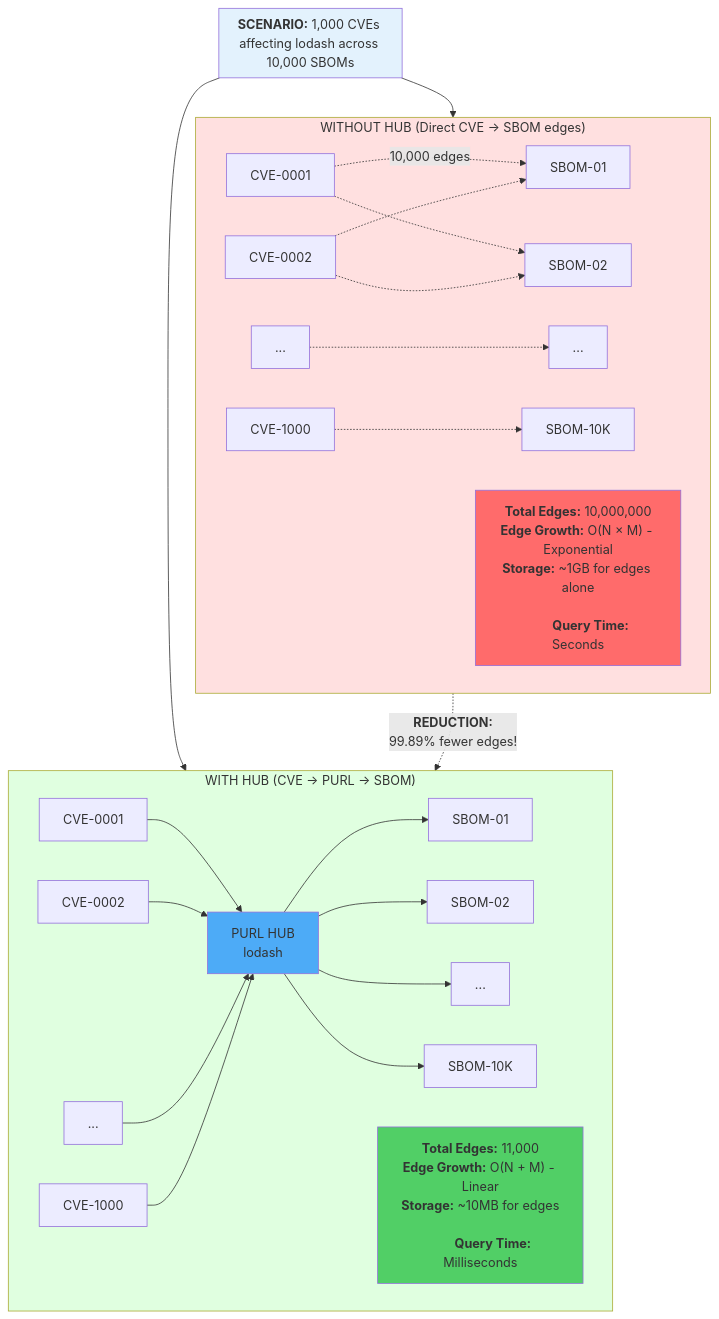
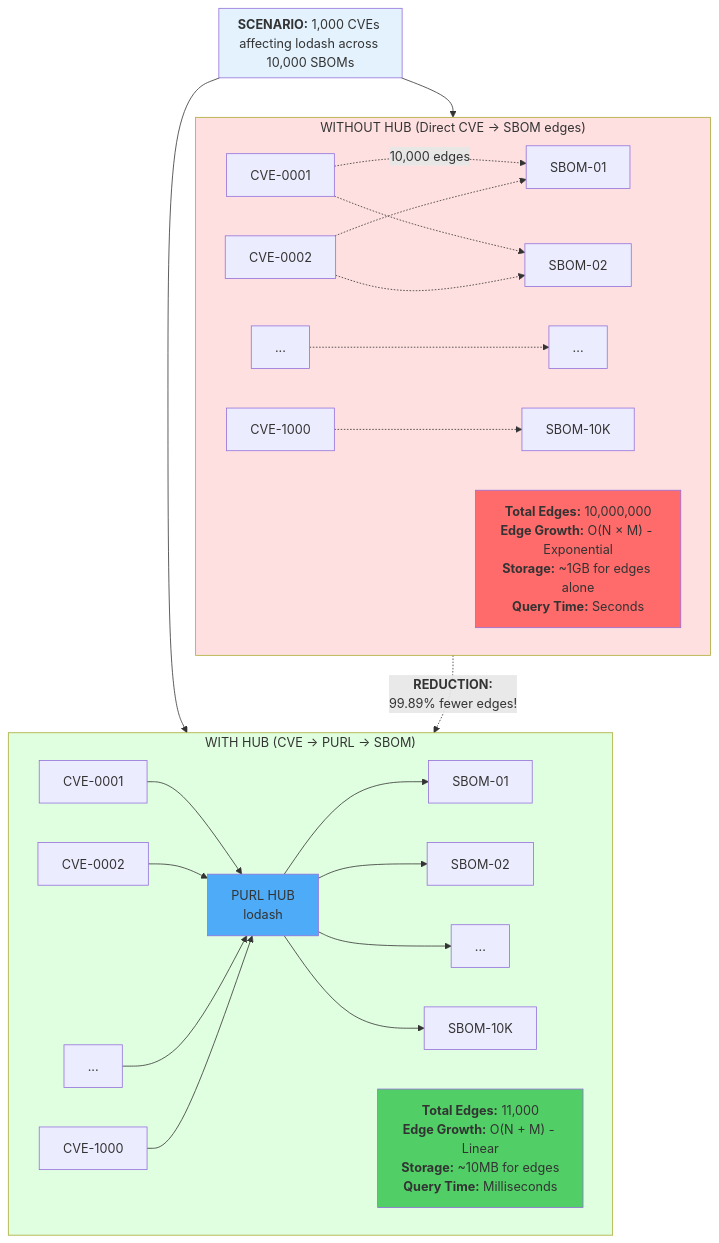
The eighth of 23 diagrams in design.md (ortelius/cve2release-tracker), drawn with Mermaid before and after one commit. The commit also changed other lines of this file, not shown here.

````diff
--- a/design.md
+++ b/design.md
@@ -445,44 +442,42 @@
 ```mermaid
 flowchart TB
     subgraph Scenario["<b>SCENARIO:</b> 1,000 CVEs affecting lodash across 10,000 SBOMs"]
     end
     
     subgraph Without["WITHOUT HUB (Direct CVE → SBOM edges)"]
         WC1["CVE-0001"] -.->|10,000 edges| WS1["SBOM-01"]
         WC1 -.-> WS2["SBOM-02"]
         WC2["CVE-0002"] -.-> WS1
         WC2 -.-> WS2
         WC3["..."] -.-> WS3["..."]
         WC4["CVE-1000"] -.-> WS4["SBOM-10K"]
         
-        WStats["<b>Total Edges:</b> 10,000,000<br/><b>Edge Growth:</b> O(N × M) - Exponential<br/><b>Storage:</b> ~1GB for edges alone<br/>
-        <b>Query Time:</b> Seconds"]
+        WStats["<b>Total Edges:</b> 10,000,000<br/><b>Edge Growth:</b> O(N × M) - Exponential<br/><b>Storage:</b> ~1GB for edges alone<br/><b>Query Time:</b> Seconds"]
     end
     
     subgraph With["WITH HUB (CVE → PURL → SBOM)"]
         HC1["CVE-0001"] --> HHub["PURL HUB<br/>lodash"]
         HC2["CVE-0002"] --> HHub
         HC3["..."] --> HHub
         HC4["CVE-1000"] --> HHub
         
         HHub --> HS1["SBOM-01"]
         HHub --> HS2["SBOM-02"]
         HHub --> HS3["..."]
         HHub --> HS4["SBOM-10K"]
         
-        HStats["<b>Total Edges:</b> 11,000<br/><b>Edge Growth:</b> O(N + M) - Linear<br/><b>Storage:</b> ~10MB for edges<br/>
-        <b>Query Time:</b> Milliseconds"]
+        HStats["<b>Total Edges:</b> 11,000<br/><b>Edge Growth:</b> O(N + M) - Linear<br/><b>Storage:</b> ~10MB for edges<br/><b>Query Time:</b> Milliseconds"]
     end
     
     Scenario --> Without
     Scenario --> With
     
     Without -.->|"<b>REDUCTION:</b><br/>99.89% fewer edges!"| With
     
     style Scenario fill:#e3f2fd
     style Without fill:#ffe0e0
     style With fill:#e0ffe0
     style HHub fill:#4dabf7
     style WStats fill:#ff6b6b
     style HStats fill:#51cf66
 ```
````
